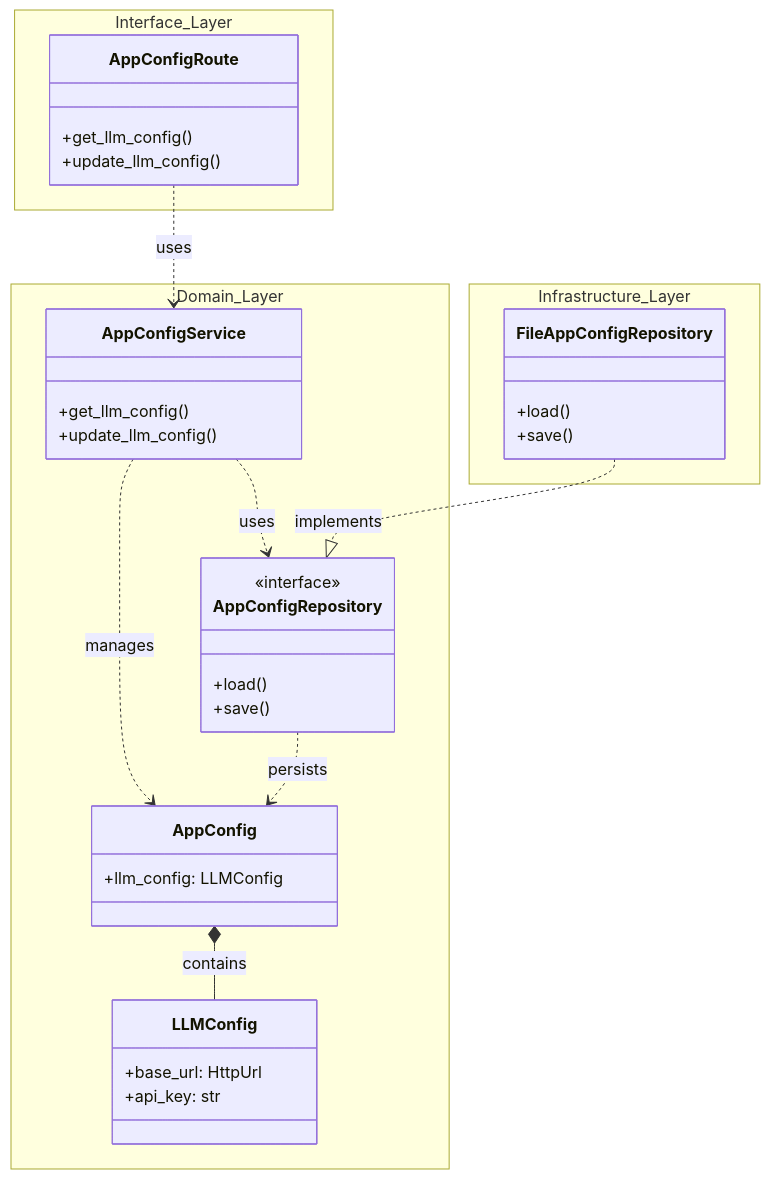
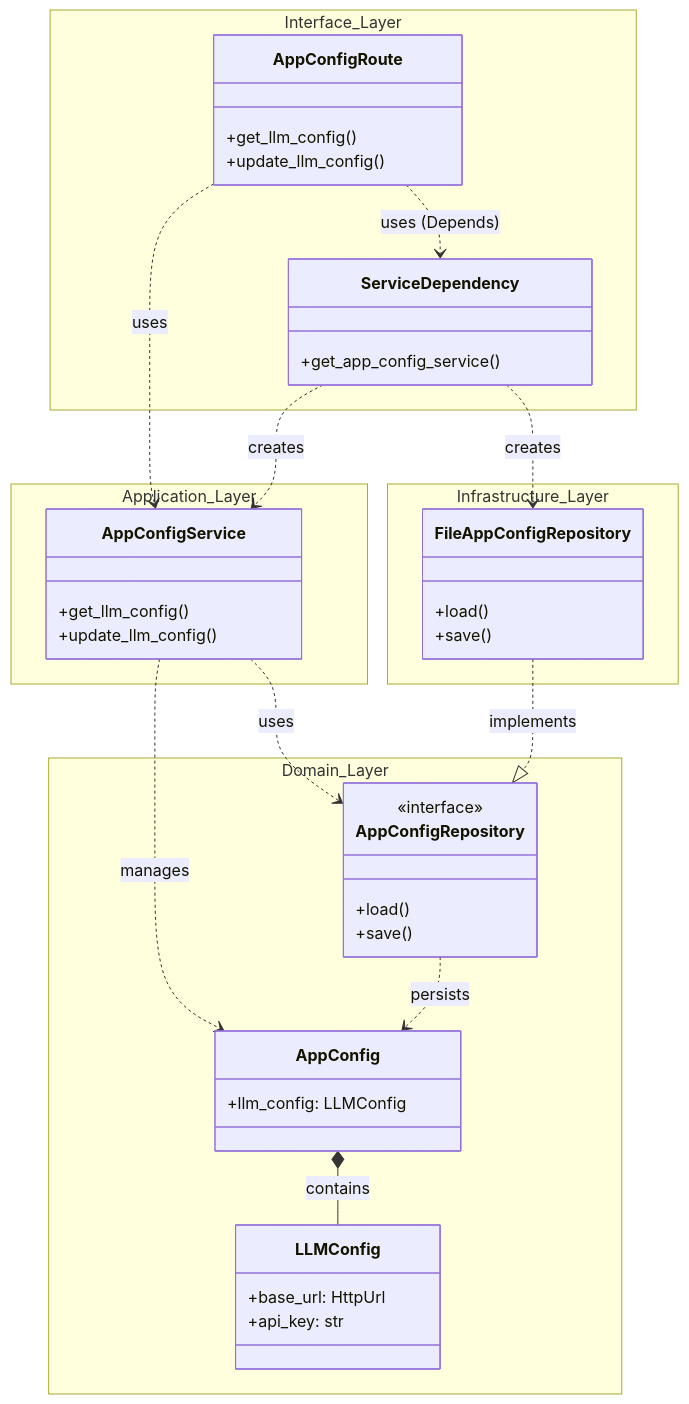
One commit to BarryCoding/imooc-manus-api changed the first of 2 diagrams in README.md. Above: the diagram before and after it, drawn with Mermaid. The commit also changed other lines of this file and 3 other files, not shown here.

Commit message:
14 improvement: app config service

````diff
--- a/README.md
+++ b/README.md
@@ -275,44 +275,53 @@
 ```mermaid
 classDiagram
     direction TB
 
     namespace Interface_Layer {
         class AppConfigRoute {
+            +get_llm_config()
+            +update_llm_config()
+        }
+        class ServiceDependency {
+            +get_app_config_service()
+        }
+    }
+
+    namespace Application_Layer {
+        class AppConfigService {
             +get_llm_config()
             +update_llm_config()
         }
     }
 
     namespace Domain_Layer {
         class AppConfig {
             +llm_config: LLMConfig
         }
         class LLMConfig {
             +base_url: HttpUrl
             +api_key: str
         }
         class AppConfigRepository {
             <<interface>>
             +load()
             +save()
         }
-        class AppConfigService {
-            +get_llm_config()
-            +update_llm_config()
-        }
     }
 
     namespace Infrastructure_Layer {
         class FileAppConfigRepository {
             +load()
             +save()
         }
     }
 
+    AppConfigRoute ..> ServiceDependency : uses (Depends)
     AppConfigRoute ..> AppConfigService : uses
+    ServiceDependency ..> AppConfigService : creates
+    ServiceDependency ..> FileAppConfigRepository : creates
     AppConfigService ..> AppConfigRepository : uses
     AppConfigService ..> AppConfig : manages
     AppConfigRepository ..> AppConfig : persists
     FileAppConfigRepository ..|> AppConfigRepository : implements
     AppConfig *-- LLMConfig : contains
 ```
````
